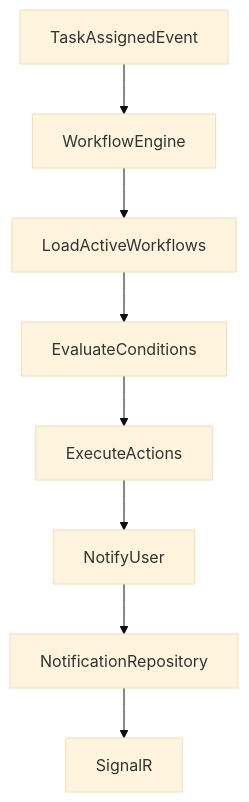
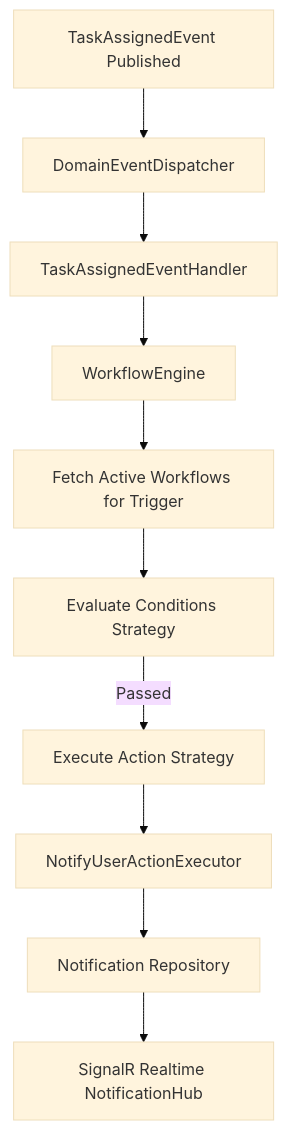
The third of 4 diagrams in README.md (MuhammadBilal64/DevFlow), drawn with Mermaid (base theme) before and after one commit. The commit also changed other lines of this file and 3 other files, not shown here.

````diff
--- a/README.md
+++ b/README.md
@@ -231,19 +223,23 @@
 ```mermaid
 graph TD
 
-TaskAssignedEvent
+TaskAssigned[TaskAssignedEvent Published]
 
-TaskAssignedEvent --> WorkflowEngine
+TaskAssigned --> DomainEventDispatcher
 
-WorkflowEngine --> LoadActiveWorkflows
+DomainEventDispatcher --> TaskAssignedEventHandler
 
-LoadActiveWorkflows --> EvaluateConditions
+TaskAssignedEventHandler --> WorkflowEngine
 
-EvaluateConditions --> ExecuteActions
+WorkflowEngine --> FetchWorkflows[Fetch Active Workflows for Trigger]
 
-ExecuteActions --> NotifyUser
+FetchWorkflows --> EvaluateConditions[Evaluate Conditions Strategy]
 
-NotifyUser --> NotificationRepository
+EvaluateConditions -- Passed --> ExecuteActions[Execute Action Strategy]
 
-NotificationRepository --> SignalR
+ExecuteActions --> NotifyUser[NotifyUserActionExecutor]
+
+NotifyUser --> SaveNotification[Notification Repository]
+
+SaveNotification --> RealtimeHub[SignalR Realtime NotificationHub]
 ```
````
